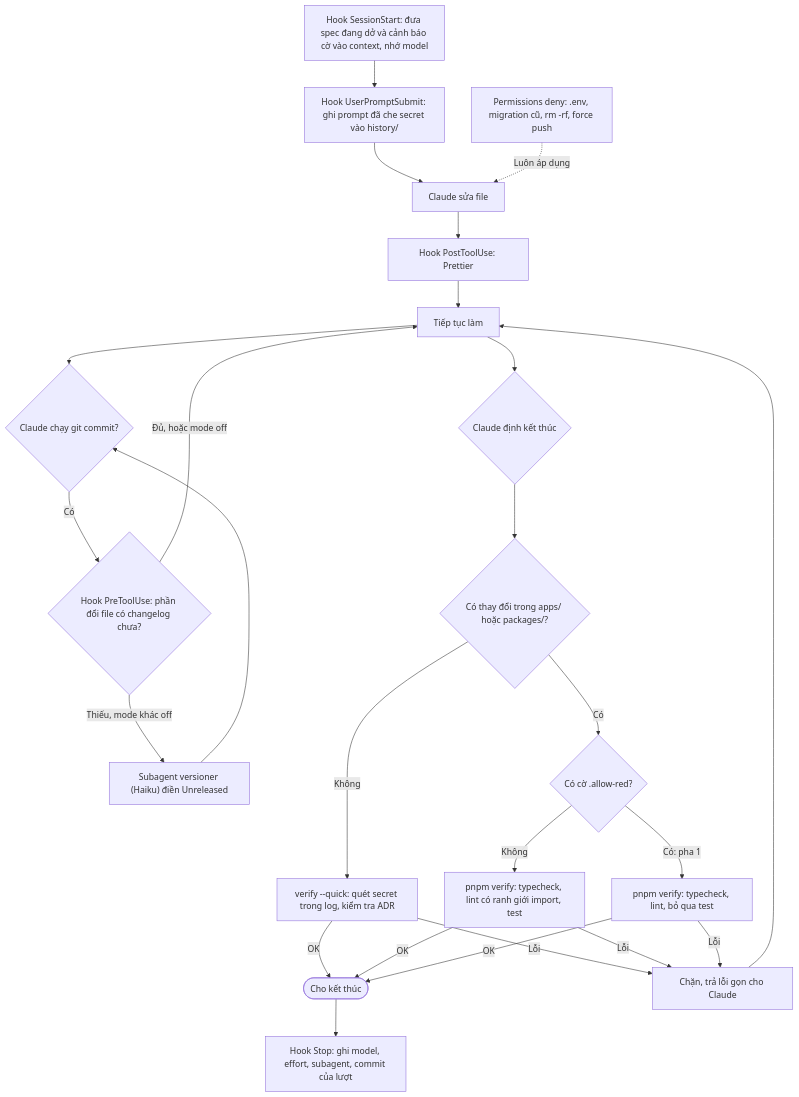
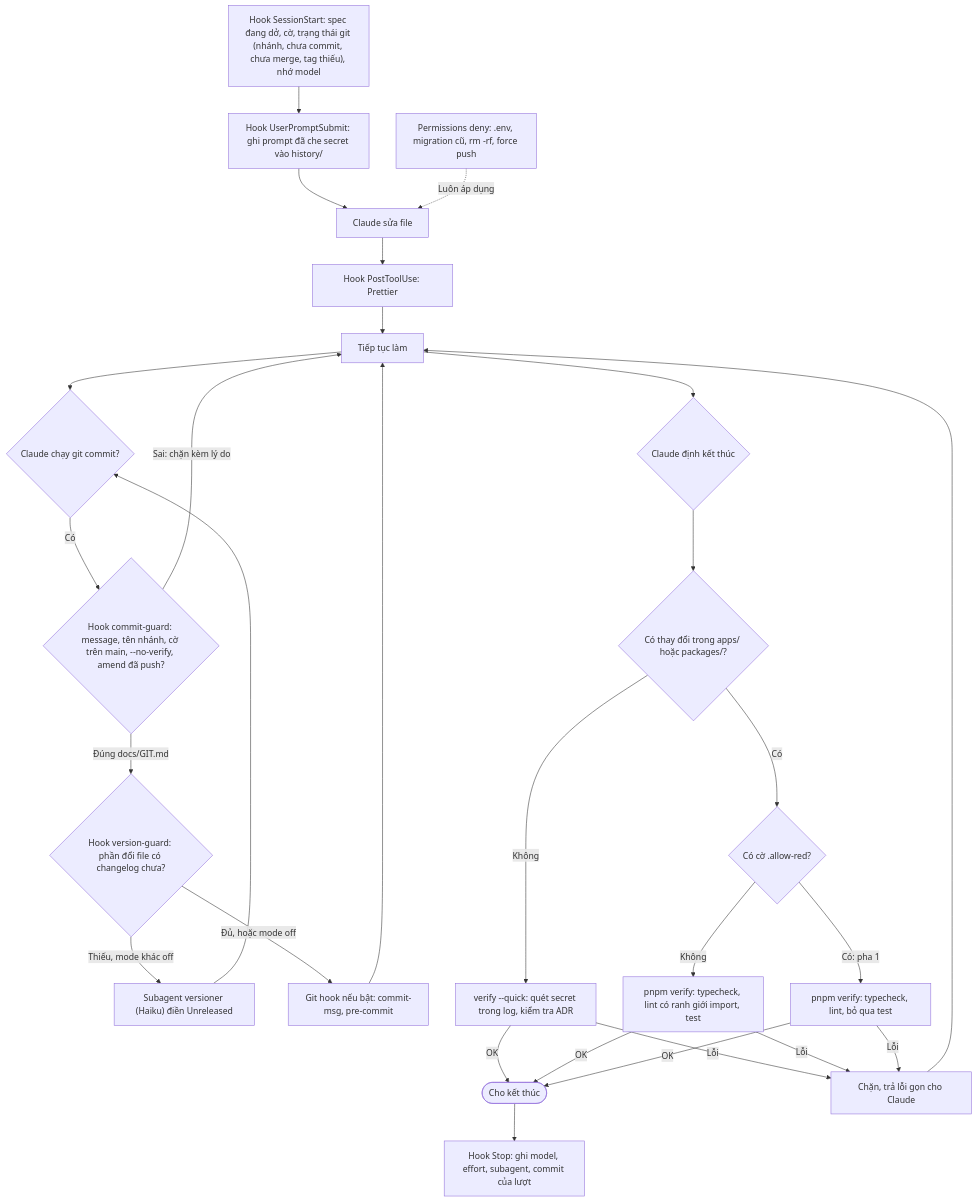
The second of 4 diagrams in docs/WORKFLOW.md (trantrong810-bz/claude-starter), drawn with Mermaid before and after one commit. The commit also changed other lines of this file and 25 other files, not shown here.

First line of the commit message:
chore: add git convention, commit guards and lf line endings

````diff
--- a/docs/WORKFLOW.md
+++ b/docs/WORKFLOW.md
@@ -76,28 +77,31 @@
 ```mermaid
 flowchart TD
-    SS["Hook SessionStart: đưa spec đang dở và cảnh báo cờ vào context, nhớ model"] --> PROMPT
+    SS["Hook SessionStart: spec đang dở, cờ, trạng thái git (nhánh, chưa commit, chưa merge, tag thiếu), nhớ model"] --> PROMPT
     PROMPT["Hook UserPromptSubmit: ghi prompt đã che secret vào history/"] --> EDIT
     EDIT["Claude sửa file"] --> FMT["Hook PostToolUse: Prettier"]
     FMT --> WORK["Tiếp tục làm"]
     WORK --> COMMIT{"Claude chạy git commit?"}
-    COMMIT -->|"Có"| GUARD{"Hook PreToolUse: phần đổi file có changelog chưa?"}
+    COMMIT -->|"Có"| CGUARD{"Hook commit-guard: message, tên nhánh, cờ trên main, --no-verify, amend đã push?"}
+    CGUARD -->|"Sai: chặn kèm lý do"| WORK
+    CGUARD -->|"Đúng docs/GIT.md"| GUARD{"Hook version-guard: phần đổi file có changelog chưa?"}
     GUARD -->|"Thiếu, mode khác off"| VERS["Subagent versioner (Haiku) điền Unreleased"]
     VERS --> COMMIT
-    GUARD -->|"Đủ, hoặc mode off"| WORK
+    GUARD -->|"Đủ, hoặc mode off"| GITHOOK["Git hook nếu bật: commit-msg, pre-commit"]
+    GITHOOK --> WORK
     WORK --> STOP{"Claude định kết thúc"}
     STOP --> DIFF{"Có thay đổi trong apps/ hoặc packages/?"}
     DIFF -->|"Không"| QUICK["verify --quick: quét secret trong log, kiểm tra ADR"]
     QUICK -->|"OK"| END(["Cho kết thúc"])
     QUICK -->|"Lỗi"| BLOCK
     DIFF -->|"Có"| FLAG{"Có cờ .allow-red?"}
     FLAG -->|"Không"| VERIFY["pnpm verify: typecheck, lint có ranh giới import, test"]
     FLAG -->|"Có: pha 1"| VERIFYP1["pnpm verify: typecheck, lint, bỏ qua test"]
     VERIFY -->|"OK"| END
     VERIFYP1 -->|"OK"| END
     VERIFY -->|"Lỗi"| BLOCK["Chặn, trả lỗi gọn cho Claude"]
     VERIFYP1 -->|"Lỗi"| BLOCK
     BLOCK --> WORK
     END --> LOGM["Hook Stop: ghi model, effort, subagent, commit của lượt"]
 
     PERM["Permissions deny: .env, migration cũ, rm -rf, force push"] -.->|"Luôn áp dụng"| EDIT
 ```
````
